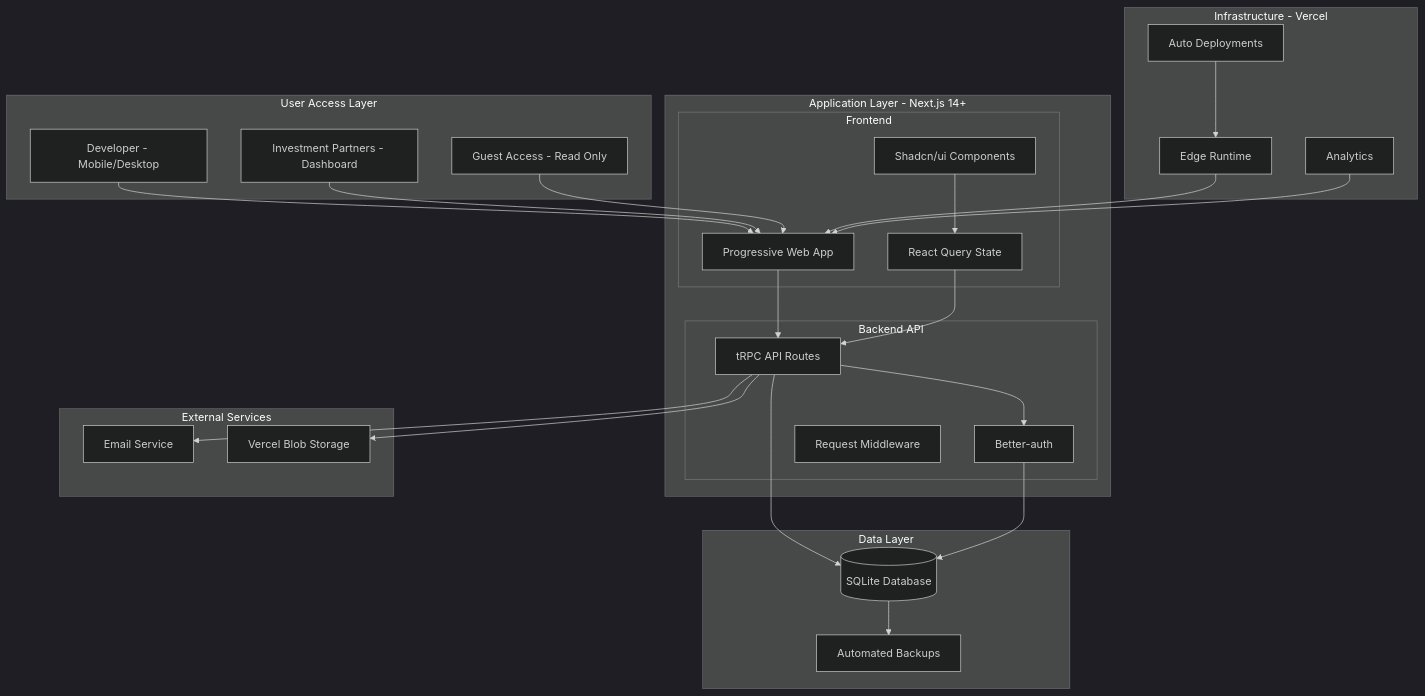
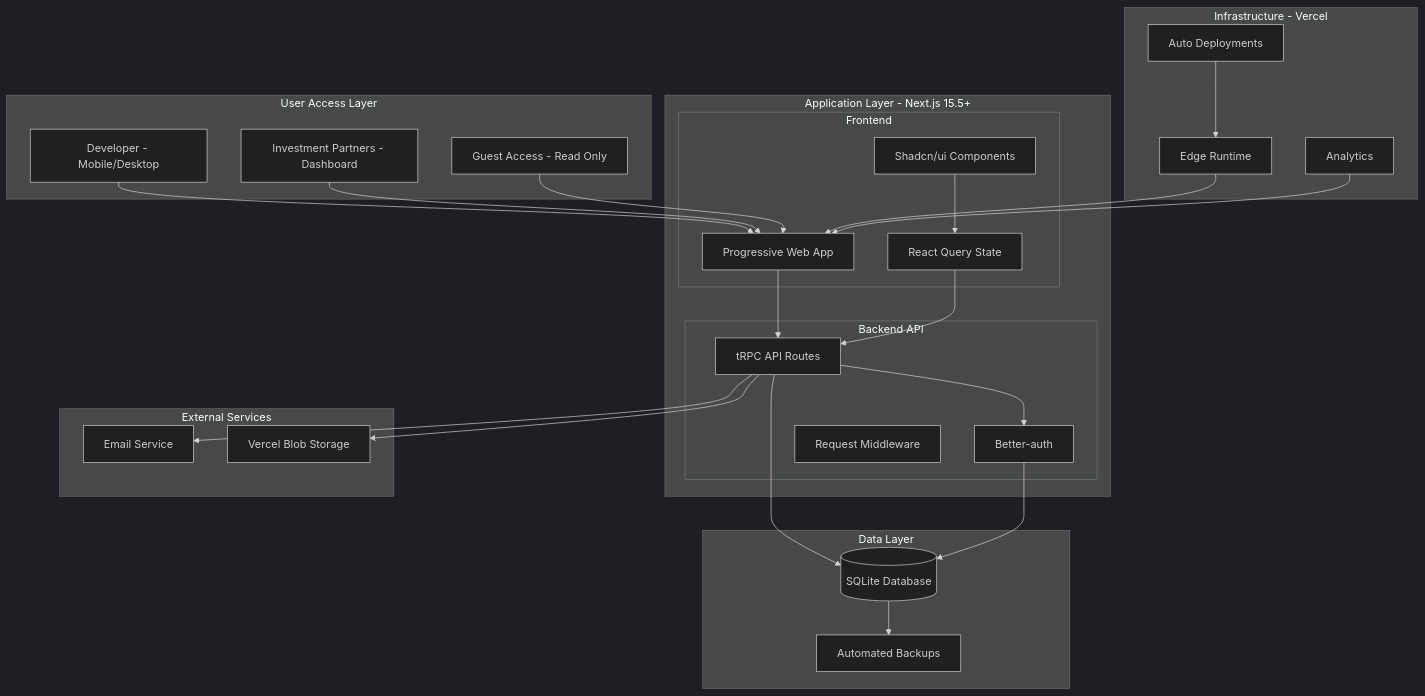
The diagram in docs/architecture/high-level-architecture.md (ielali/real-estate-development-tracker), drawn with Mermaid (dark theme) before and after one commit. The commit also changed other lines of this file and 14 other files, not shown here.

````diff
--- a/docs/architecture/high-level-architecture.md
+++ b/docs/architecture/high-level-architecture.md
@@ -54,59 +59,59 @@
 ```mermaid
 graph TB
     subgraph "User Access Layer"
         DEV[Developer - Mobile/Desktop]
         PARTNER[Investment Partners - Dashboard]
         GUEST[Guest Access - Read Only]
     end
 
-    subgraph "Application Layer - Next.js 14+"
+    subgraph "Application Layer - Next.js 15.5+"
         subgraph "Frontend"
             PWA[Progressive Web App]
             COMP[Shadcn/ui Components]
             STATE[React Query State]
         end
-        
+
         subgraph "Backend API"
             TRPC[tRPC API Routes]
             AUTH[Better-auth]
             MIDDLEWARE[Request Middleware]
         end
     end
 
     subgraph "Data Layer"
         SQLITE[(SQLite Database)]
         BACKUP[Automated Backups]
     end
 
     subgraph "External Services"
         EMAIL[Email Service]
         VERCEL_BLOB[Vercel Blob Storage]
     end
 
     subgraph "Infrastructure - Vercel"
         EDGE[Edge Runtime]
         DEPLOY[Auto Deployments]
         MONITOR[Analytics]
     end
 
     DEV --> PWA
-    PARTNER --> PWA  
+    PARTNER --> PWA
     GUEST --> PWA
-    
+
     PWA --> TRPC
     COMP --> STATE
     STATE --> TRPC
-    
+
     TRPC --> AUTH
     TRPC --> SQLITE
     TRPC --> VERCEL_BLOB
     AUTH --> SQLITE
-    
+
     SQLITE --> BACKUP
-    
+
     TRPC --> EMAIL
-    
+
     EDGE --> PWA
     DEPLOY --> EDGE
     MONITOR --> PWA
 ```
````
